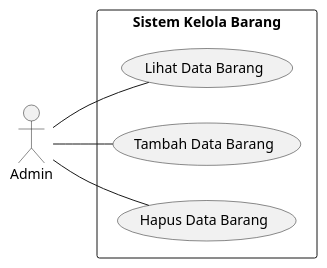
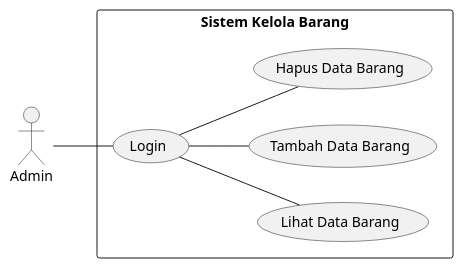
Before and after one commit to Fannandya/diagramPABD: the diagram in Use Case Diagram/usecaseKelolaBarang.puml, drawn with PlantUML.

Commit message:
fix use case kelola barang

```diff
--- a/Use Case Diagram/usecaseKelolaBarang.puml
+++ b/Use Case Diagram/usecaseKelolaBarang.puml
@@ -1,14 +1,16 @@
 @startuml usecaseKelolaBarang
 left to right direction
 actor Admin
 
 rectangle "Sistem Kelola Barang" {
   usecase "Lihat Data Barang" as UC1
   usecase "Tambah Data Barang" as UC2
   usecase "Hapus Data Barang" as UC3
+  usecase "Login" as UC4
 }
 
-Admin -- UC1
-Admin -- UC2
-Admin -- UC3
+Admin -- UC4
+UC4 -- UC1
+UC4 -- UC2
+UC4 -- UC3
 @enduml
```
